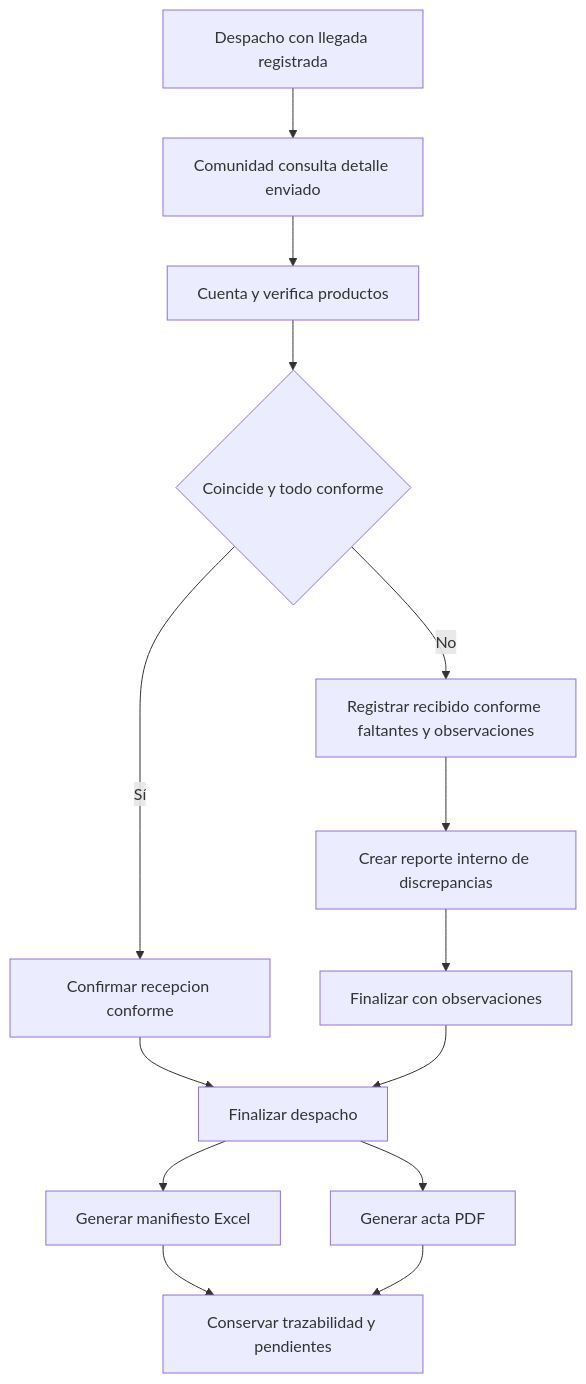
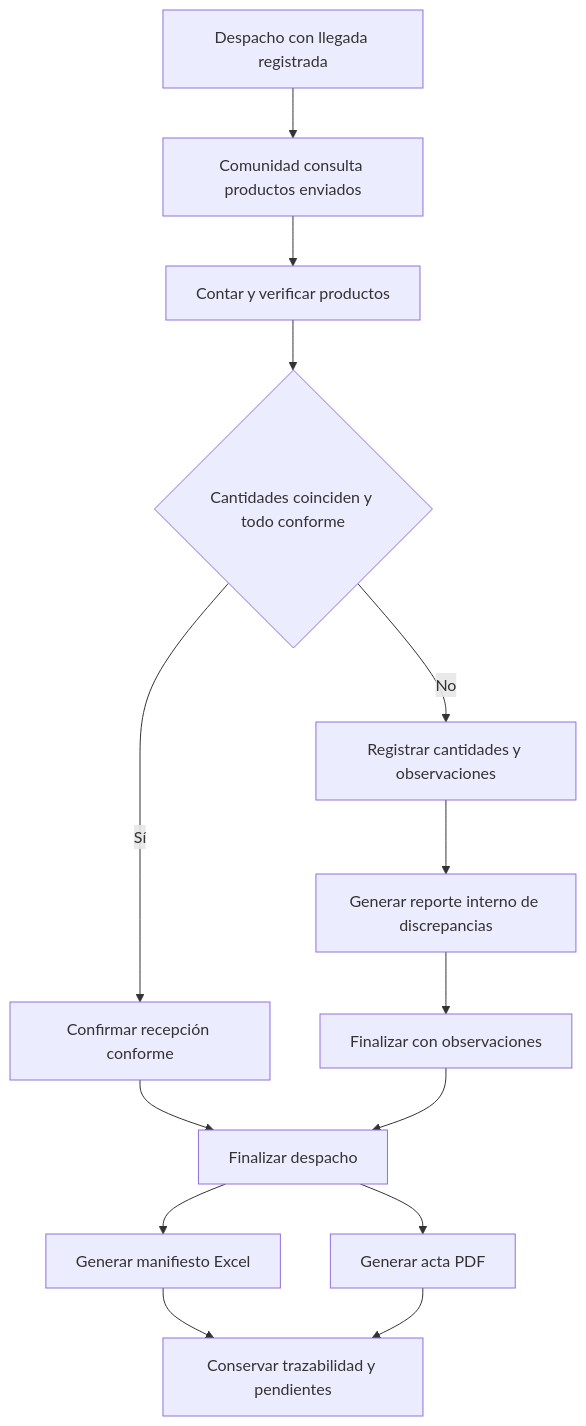
Before and after one commit to EderPanta18/alivia-humanitarian-system-design: the diagram in docs/02-procesos/05-recepcion-ayuda.md, drawn with Mermaid. The commit also changed other lines of this file and 44 other files, not shown here.

````diff
--- a/docs/02-procesos/05-recepcion-ayuda.md
+++ b/docs/02-procesos/05-recepcion-ayuda.md
@@ -41,16 +63,16 @@
 ```mermaid
 flowchart TD
-  A[Despacho con llegada registrada] --> B[Comunidad consulta detalle enviado]
-  B --> C[Cuenta y verifica productos]
-  C --> D{Coincide y todo conforme}
-  D -- Sí --> E[Confirmar recepcion conforme]
-  D -- No --> F[Registrar recibido conforme faltantes y observaciones]
-  F --> G[Crear reporte interno de discrepancias]
-  G --> H[Finalizar con observaciones]
-  E --> I[Finalizar despacho]
-  H --> I
-  I --> J[Generar manifiesto Excel]
-  I --> K[Generar acta PDF]
-  J --> L[Conservar trazabilidad y pendientes]
-  K --> L
+    A[Despacho con llegada registrada] --> B[Comunidad consulta productos enviados]
+    B --> C[Contar y verificar productos]
+    C --> D{Cantidades coinciden y todo conforme}
+    D -- Sí --> E[Confirmar recepción conforme]
+    D -- No --> F[Registrar cantidades y observaciones]
+    F --> G[Generar reporte interno de discrepancias]
+    G --> H[Finalizar con observaciones]
+    E --> I[Finalizar despacho]
+    H --> I
+    I --> J[Generar manifiesto Excel]
+    I --> K[Generar acta PDF]
+    J --> L[Conservar trazabilidad y pendientes]
+    K --> L
 ```
````
